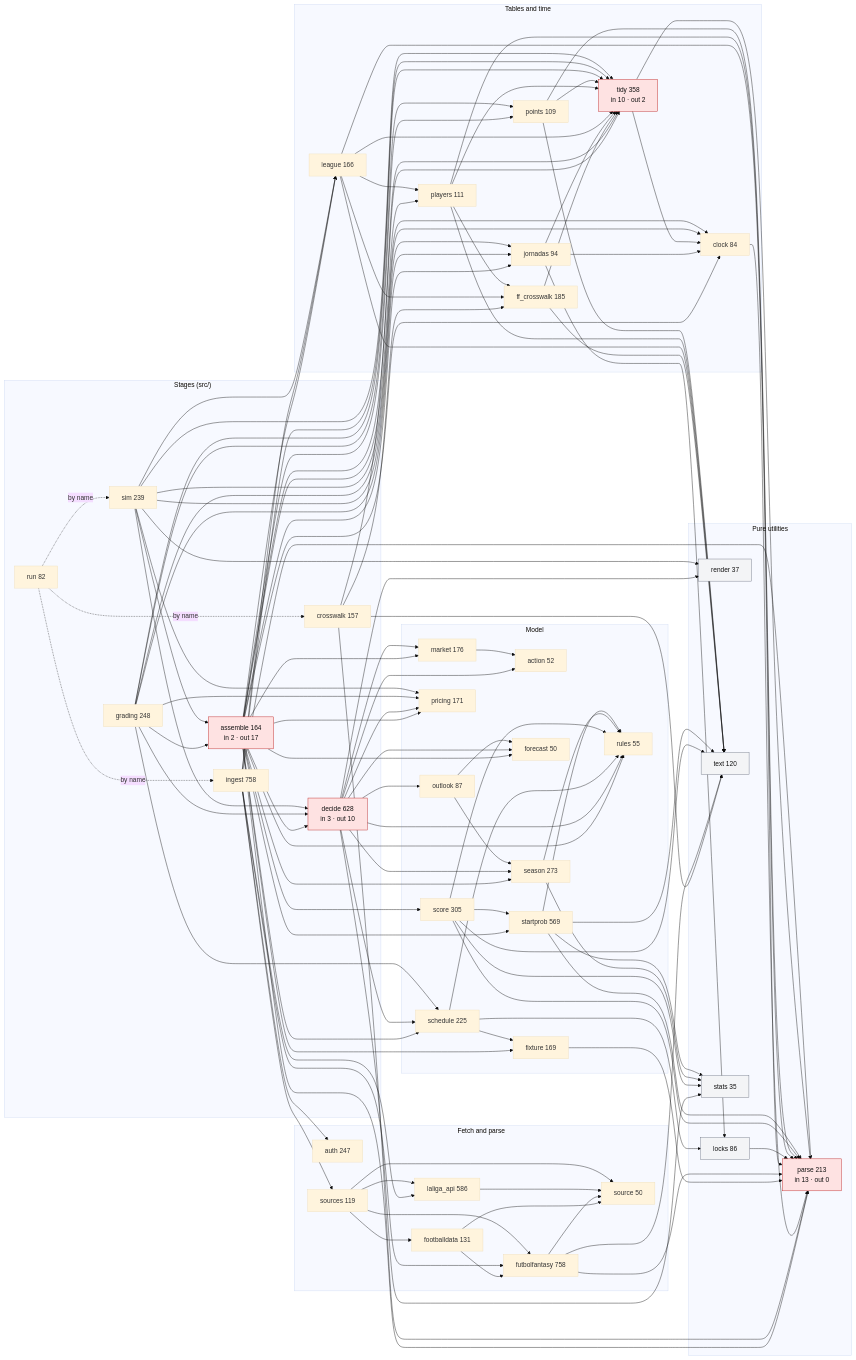
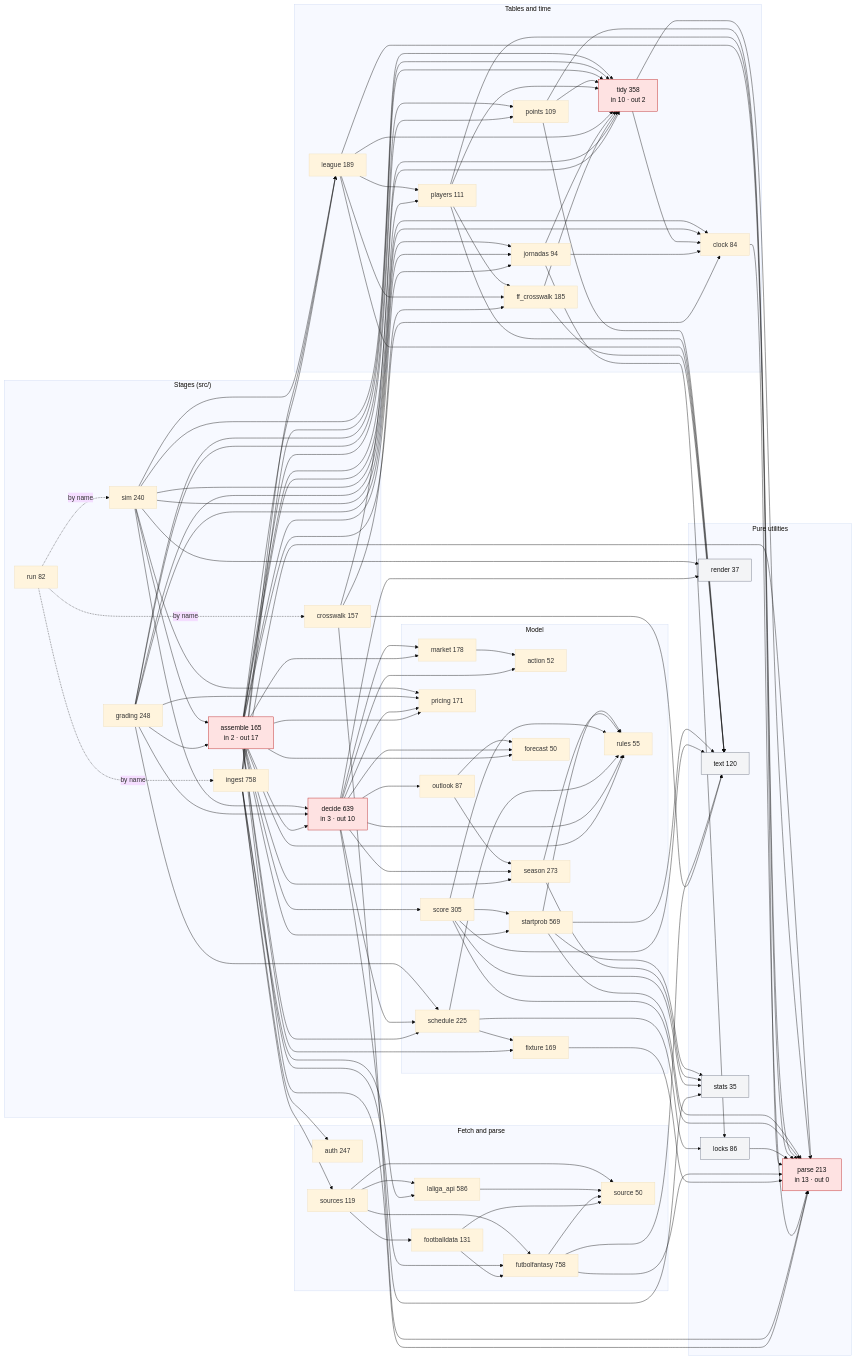
One commit to OrsM/liga_five_guys changed the diagram in docs/modules.mmd. Above: the diagram before and after it, drawn with Mermaid (base theme). The commit also changed 10 other files, not shown here.

```diff
--- a/docs/modules.mmd
+++ b/docs/modules.mmd
@@ -1,155 +1,155 @@
 flowchart LR
     classDef hub fill:#fee2e2,stroke:#b91c1c,color:#111
     classDef leaf fill:#f3f4f6,stroke:#6b7280,color:#111
     subgraph stages["Stages (src/)"]
-        assemble["assemble 164<br/>in 2 · out 17"]:::hub
+        assemble["assemble 165<br/>in 2 · out 17"]:::hub
         crosswalk["crosswalk 157"]
-        decide["decide 628<br/>in 3 · out 10"]:::hub
+        decide["decide 639<br/>in 3 · out 10"]:::hub
         grading["grading 248"]
         ingest["ingest 758"]
         run["run 82"]
-        sim["sim 239"]
+        sim["sim 240"]
     end
     subgraph fetch["Fetch and parse"]
         auth["auth 247"]
         footballdata["footballdata 131"]
         futbolfantasy["futbolfantasy 758"]
         laliga_api["laliga_api 586"]
         source["source 50"]
         sources["sources 119"]
     end
     subgraph data["Tables and time"]
         clock["clock 84"]
         ff_crosswalk["ff_crosswalk 185"]
         jornadas["jornadas 94"]
-        league["league 166"]
+        league["league 189"]
         players["players 111"]
         points["points 109"]
         tidy["tidy 358<br/>in 10 · out 2"]:::hub
     end
     subgraph model["Model"]
         action["action 52"]
         fixture["fixture 169"]
         forecast["forecast 50"]
-        market["market 176"]
+        market["market 178"]
         outlook["outlook 87"]
         pricing["pricing 171"]
         rules["rules 55"]
         schedule["schedule 225"]
         score["score 305"]
         season["season 273"]
         startprob["startprob 569"]
     end
     subgraph util["Pure utilities"]
         locks["locks 86"]:::leaf
         parse["parse 213<br/>in 13 · out 0"]:::hub
         render["render 37"]:::leaf
         text["text 120"]:::leaf
         stats["stats 35"]:::leaf
     end
     run -. "by name" .-> ingest
     run -. "by name" .-> crosswalk
     run -. "by name" .-> sim
     assemble --> decide
     assemble --> clock
     assemble --> fixture
     assemble --> forecast
     assemble --> jornadas
     assemble --> league
     assemble --> market
     assemble --> parse
     assemble --> players
     assemble --> points
     assemble --> pricing
     assemble --> rules
     assemble --> schedule
     assemble --> score
     assemble --> season
     assemble --> startprob
     assemble --> tidy
     crosswalk --> ff_crosswalk
     crosswalk --> parse
     crosswalk --> text
     crosswalk --> tidy
     decide --> action
     decide --> forecast
     decide --> market
     decide --> outlook
     decide --> pricing
     decide --> render
     decide --> rules
     decide --> schedule
     decide --> season
     decide --> stats
     clock --> parse
     ff_crosswalk --> text
     ff_crosswalk --> tidy
     fixture --> parse
     footballdata --> futbolfantasy
     footballdata --> source
     futbolfantasy --> parse
     futbolfantasy --> source
     futbolfantasy --> text
     jornadas --> clock
     jornadas --> locks
     jornadas --> tidy
     laliga_api --> source
     league --> ff_crosswalk
     league --> parse
     league --> players
     league --> text
     league --> tidy
     locks --> parse
     market --> action
     outlook --> forecast
     outlook --> season
     players --> ff_crosswalk
     players --> parse
     players --> text
     players --> tidy
     points --> parse
     points --> text
     points --> tidy
     schedule --> fixture
     schedule --> locks
     schedule --> rules
     score --> parse
     score --> rules
     score --> startprob
     score --> text
     score --> stats
     season --> rules
     season --> stats
     startprob --> parse
     startprob --> rules
     startprob --> text
     startprob --> stats
     tidy --> clock
     tidy --> parse
     grading --> assemble
     grading --> decide
     grading --> clock
     grading --> jornadas
     grading --> points
     grading --> pricing
     grading --> schedule
     grading --> tidy
     ingest --> auth
     ingest --> futbolfantasy
     ingest --> laliga_api
     ingest --> league
     ingest --> parse
     ingest --> tidy
     ingest --> sources
     sim --> assemble
     sim --> decide
     sim --> clock
     sim --> jornadas
     sim --> league
     sim --> pricing
     sim --> render
     sim --> tidy
     sources --> footballdata
     sources --> futbolfantasy
     sources --> laliga_api
     sources --> source
```
